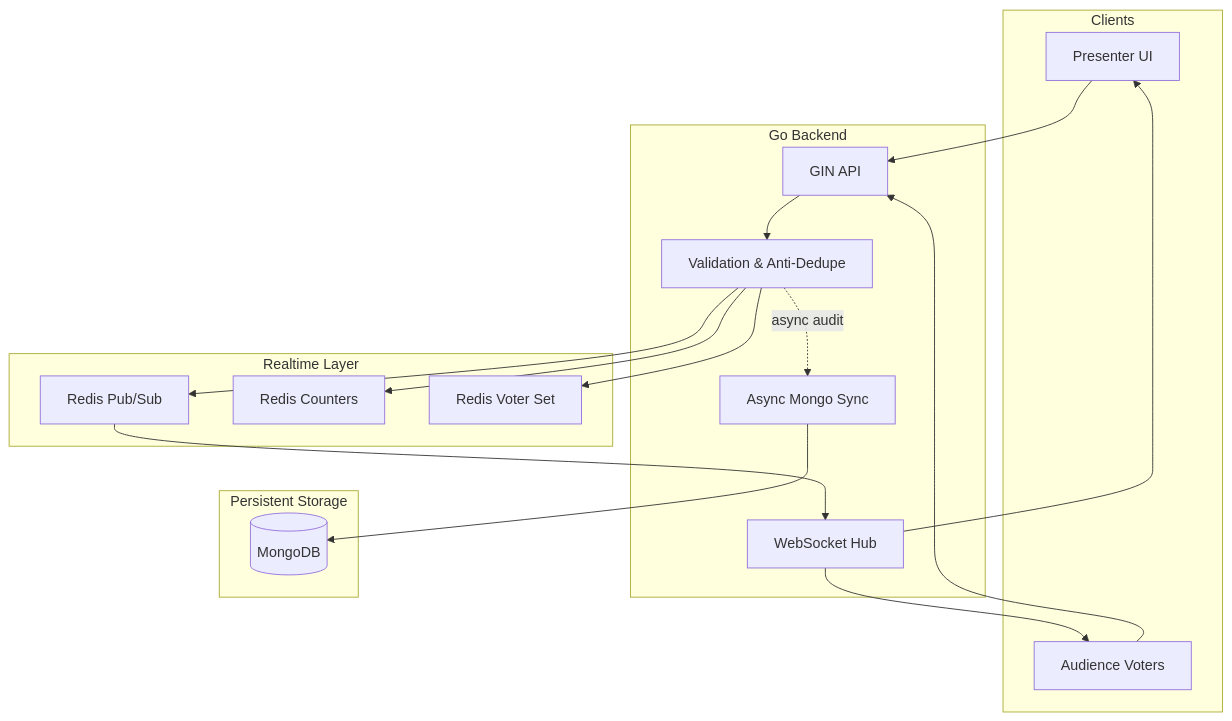
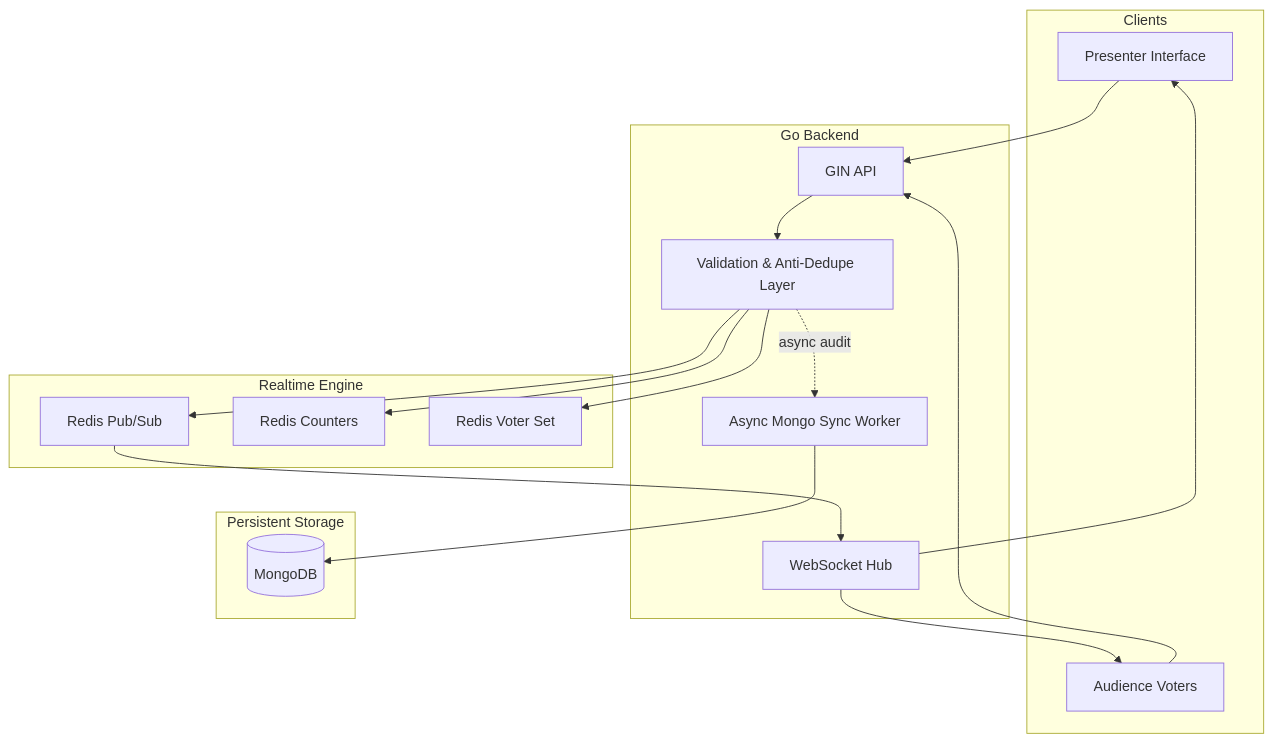
Before and after one commit to MATHANKUMAR6665/INTENSE_POLL: the diagram in README.md, drawn with Mermaid. The commit also changed other lines of this file, not shown here.

````diff
--- a/README.md
+++ b/README.md
@@ -53,36 +53,36 @@
 ```mermaid
 flowchart TB
     subgraph Clients[Clients]
-        Presenter[Presenter UI]
+        Presenter[Presenter Interface]
         Audience[Audience Voters]
     end
 
     subgraph Backend[Go Backend]
         API[GIN API]
         WS[WebSocket Hub]
-        Validator[Validation & Anti-Dedupe]
-        Syncer[Async Mongo Sync]
+        Validator[Validation & Anti-Dedupe Layer]
+        Syncer[Async Mongo Sync Worker]
     end
 
-    subgraph Realtime[Realtime Layer]
+    subgraph Realtime[Realtime Engine]
         RedisPub[Redis Pub/Sub]
         RedisHash[Redis Counters]
         RedisSet[Redis Voter Set]
     end
 
     subgraph Storage[Persistent Storage]
         Mongo[(MongoDB)]
     end
 
     Audience --> API
     Presenter --> API
     API --> Validator
     Validator --> RedisHash
     Validator --> RedisSet
     Validator --> RedisPub
     RedisPub --> WS
     WS --> Presenter
     WS --> Audience
     Validator -. async audit .-> Syncer
     Syncer --> Mongo
 ```
````
